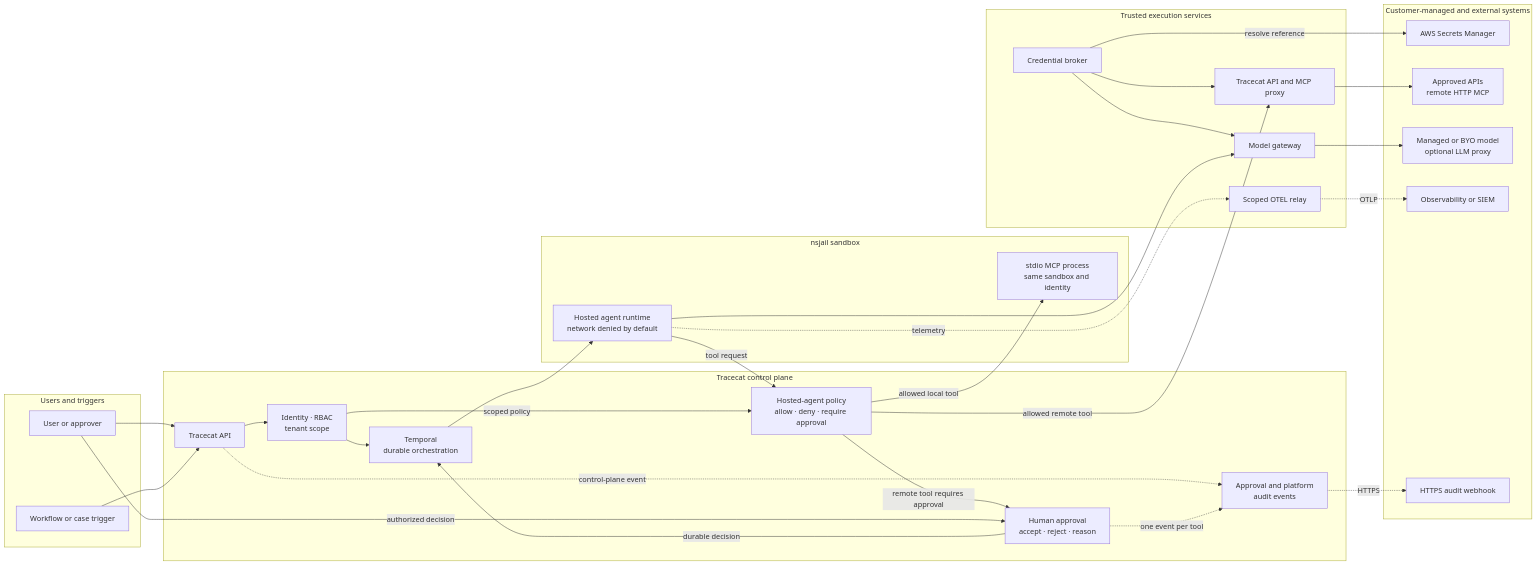
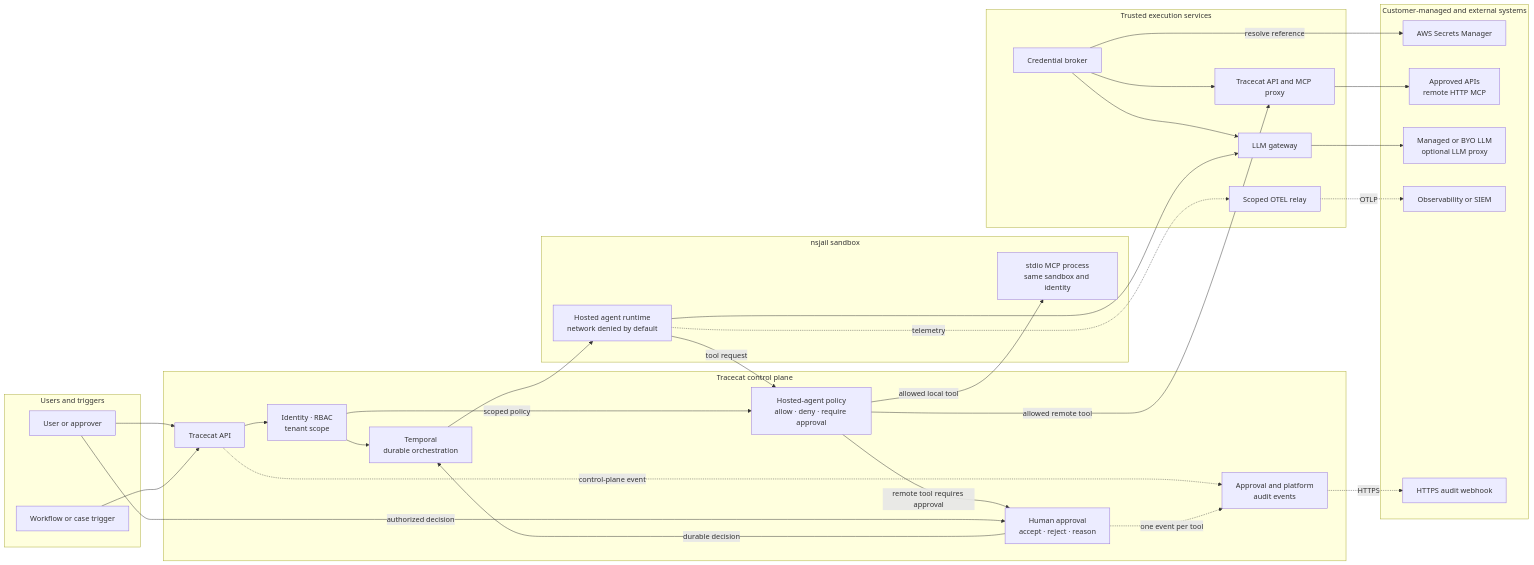
Before and after one commit to TracecatHQ/tracecat: the diagram in docs/security/architecture.mdx, drawn with Mermaid. The commit also changed other lines of this file, not shown here.

Commit message:
docs: clarify security threat model

````diff
--- a/docs/security/architecture.mdx
+++ b/docs/security/architecture.mdx
@@ -16,60 +18,60 @@
 ```mermaid
 flowchart LR
   subgraph clients["Users and triggers"]
     operator["User or approver"]
     trigger["Workflow or case trigger"]
   end
 
   subgraph control["Tracecat control plane"]
     api["Tracecat API"]
     identity["Identity · RBAC<br/>tenant scope"]
     temporal["Temporal<br/>durable orchestration"]
     policy["Hosted-agent policy<br/>allow · deny · require approval"]
     approval["Human approval<br/>accept · reject · reason"]
     audit["Approval and platform<br/>audit events"]
   end
 
   subgraph sandbox["nsjail sandbox"]
     agent["Hosted agent runtime<br/>network denied by default"]
     stdio["stdio MCP process<br/>same sandbox and identity"]
   end
 
   subgraph trusted["Trusted execution services"]
     tools["Tracecat API and MCP proxy"]
     credentials["Credential broker"]
-    model["Model gateway"]
+    llmGateway["LLM gateway"]
     otel["Scoped OTEL relay"]
   end
 
   subgraph customer["Customer-managed and external systems"]
     secrets["AWS Secrets Manager"]
     apis["Approved APIs<br/>remote HTTP MCP"]
-    models["Managed or BYO model<br/>optional LLM proxy"]
+    llmProviders["Managed or BYO LLM<br/>optional LLM proxy"]
     observability["Observability or SIEM"]
     auditSink["HTTPS audit webhook"]
   end
 
   operator --> api
   trigger --> api
   api --> identity
   identity --> temporal
   identity -->|scoped policy| policy
   temporal --> agent
   agent -->|tool request| policy
   policy -->|allowed remote tool| tools
   policy -->|allowed local tool| stdio
   policy -->|remote tool requires approval| approval
   operator -->|authorized decision| approval
   approval -->|durable decision| temporal
   tools --> apis
   credentials --> tools
-  credentials --> model
+  credentials --> llmGateway
   credentials -->|resolve reference| secrets
-  agent --> model
-  model --> models
+  agent --> llmGateway
+  llmGateway --> llmProviders
   agent -. telemetry .-> otel
   otel -. OTLP .-> observability
   api -. control-plane event .-> audit
   approval -. one event per tool .-> audit
   audit -. HTTPS .-> auditSink
 ```
````
